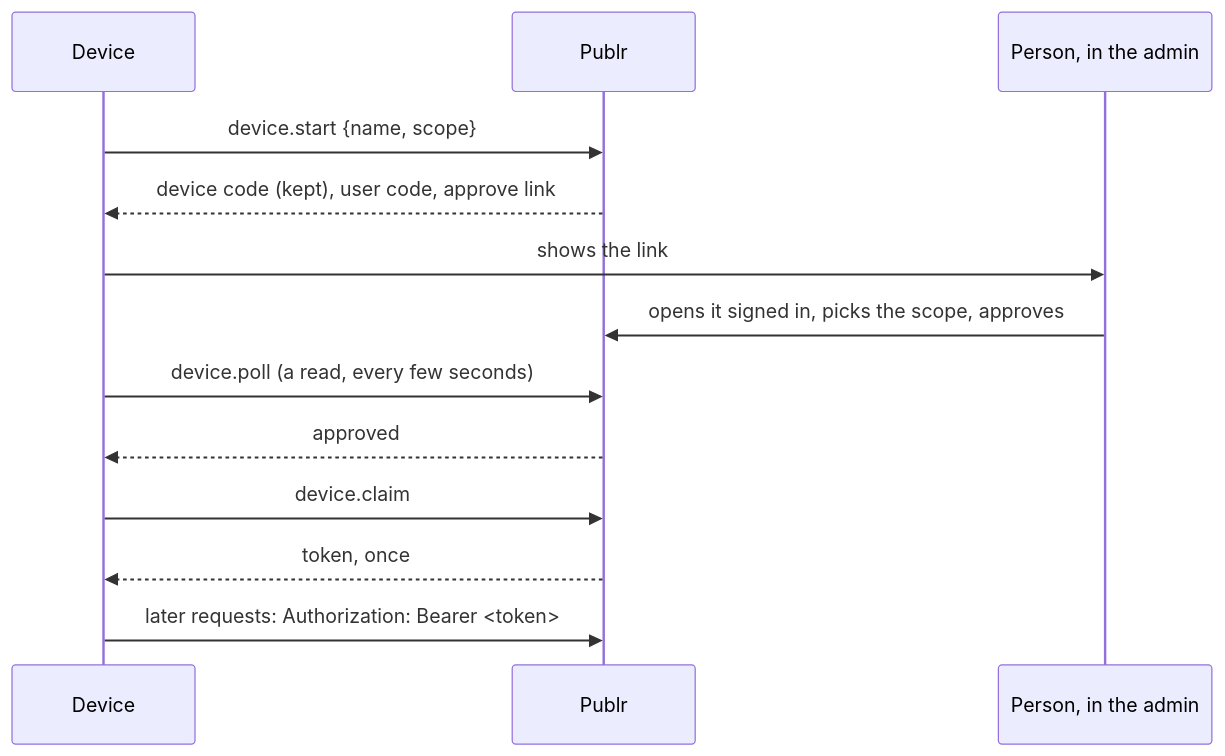
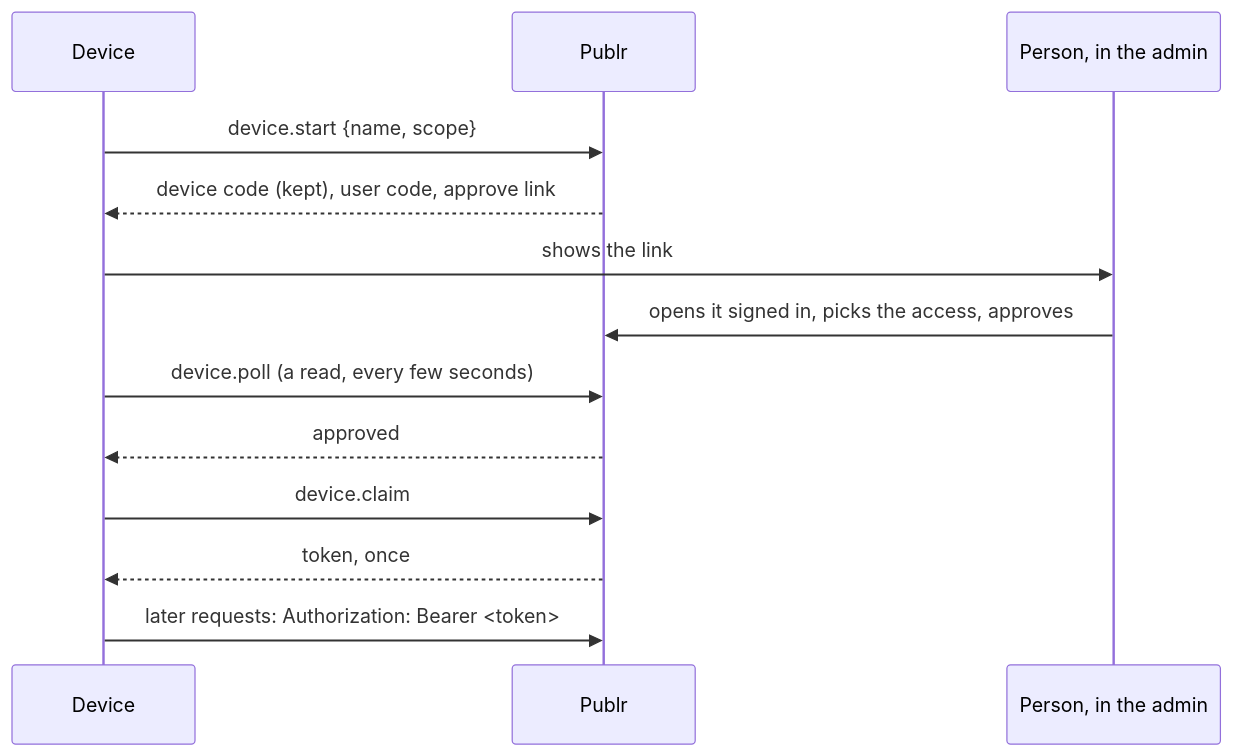
The second of 3 diagrams in docs/auth.md (publr-org/publr), drawn with Mermaid before and after one commit. The commit also changed other lines of this file and 71 other files, not shown here.

````diff
--- a/docs/auth.md
+++ b/docs/auth.md
@@ -111,15 +111,15 @@
 ```mermaid
 sequenceDiagram
     participant D as Device
     participant P as Publr
     participant A as Person, in the admin
     D->>P: device.start {name, scope}
     P-->>D: device code (kept), user code, approve link
     D->>A: shows the link
-    A->>P: opens it signed in, picks the scope, approves
+    A->>P: opens it signed in, picks the access, approves
     D->>P: device.poll (a read, every few seconds)
     P-->>D: approved
     D->>P: device.claim
     P-->>D: token, once
     D->>P: later requests: Authorization: Bearer <token>
 ```
````
